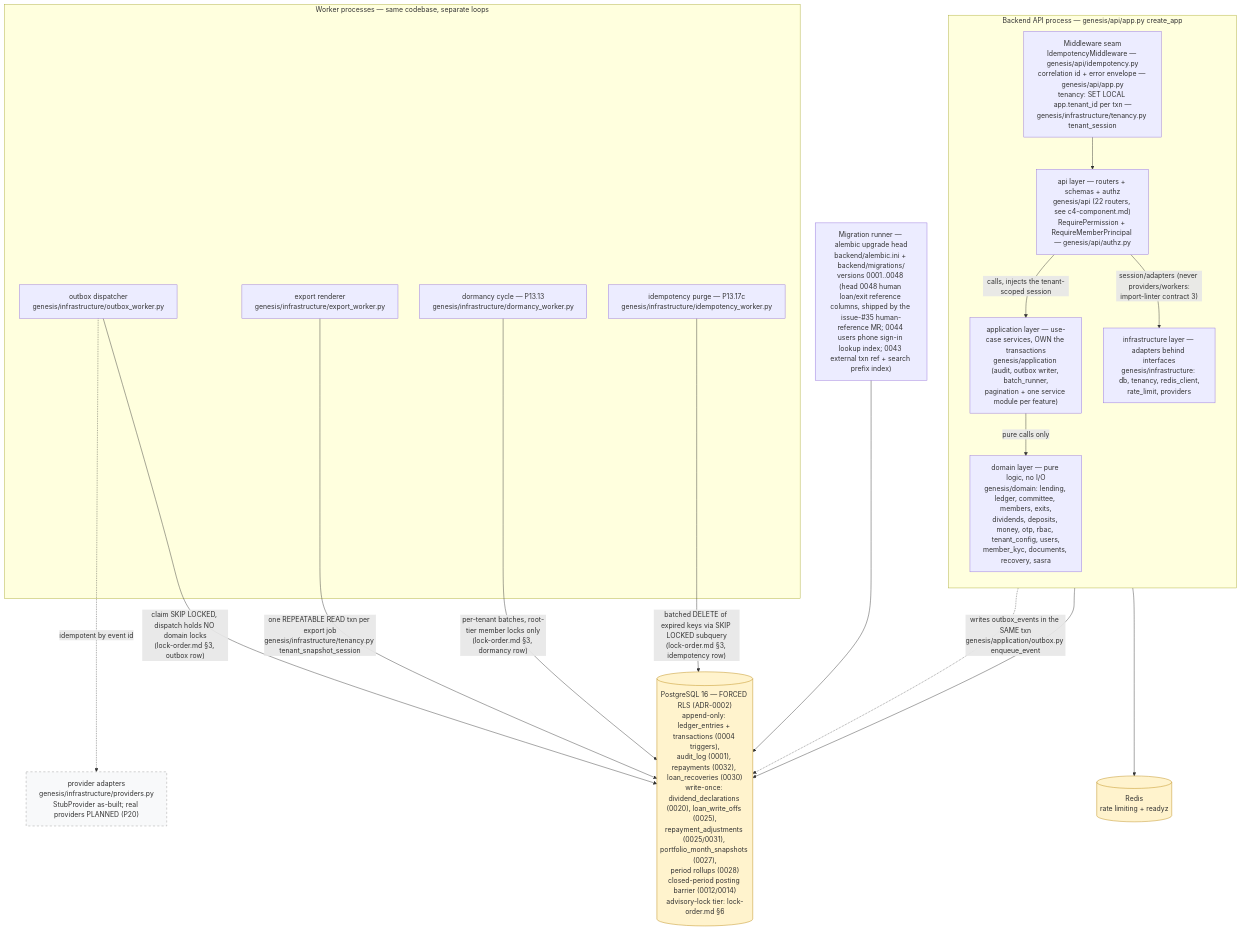
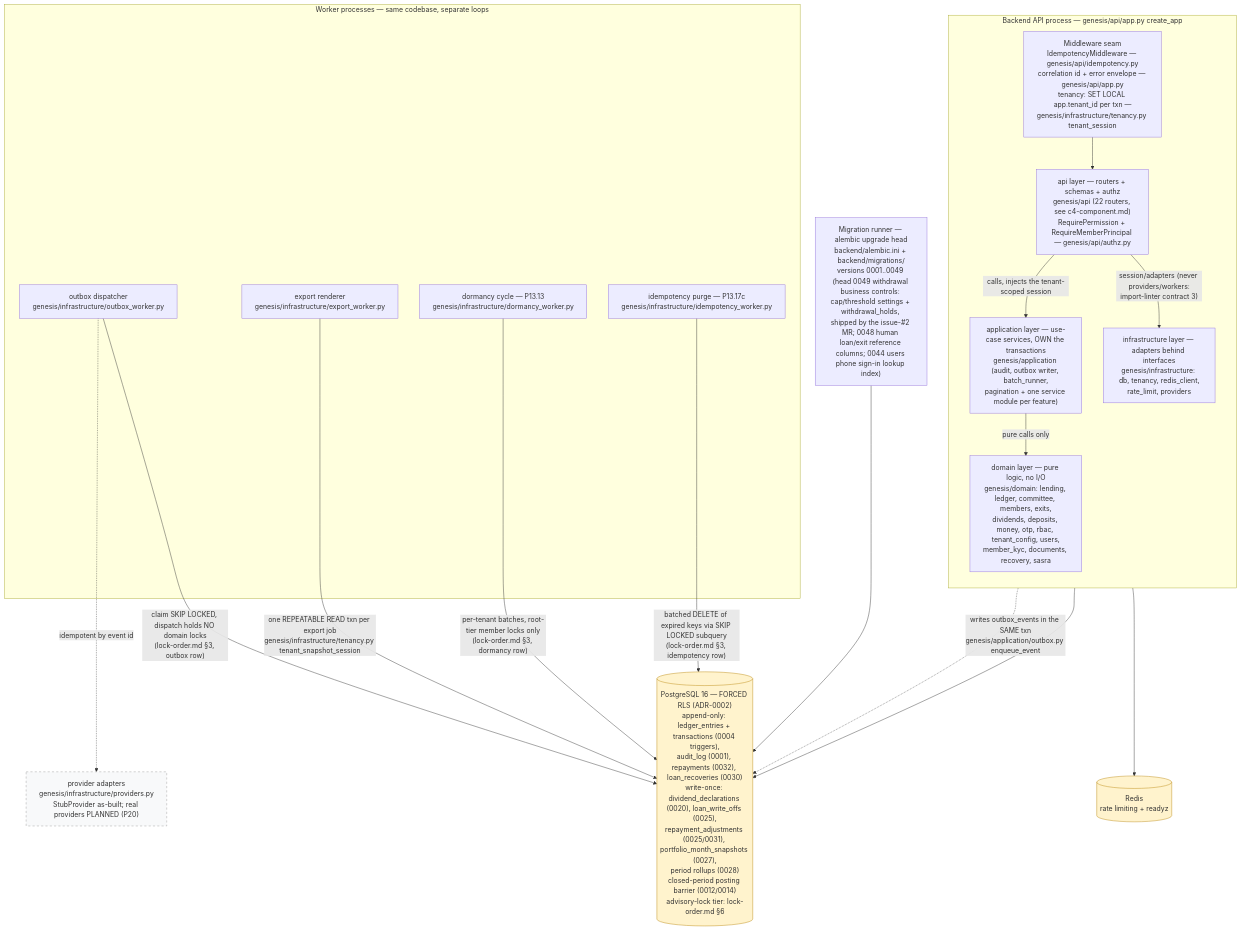
Before and after one commit to Benson-Kim/genesis-sacco-core: the diagram in docs/diagrams/c4-container.md, drawn with Mermaid. The commit also changed other lines of this file and 7 other files, not shown here.

First line of the commit message:
feat(withdrawals): migration 0049 + domain controls for cap/notice (issue #2)

````diff
--- a/docs/diagrams/c4-container.md
+++ b/docs/diagrams/c4-container.md
@@ -82,45 +87,45 @@
 ```mermaid
 flowchart TB
     %% Authored against main @ 08541b860f1445b16c342c39b6606d86b9dbeb17
     %% L2 containers — layering per backend/pyproject.toml [tool.importlinter].
 
     subgraph BE["Backend API process — genesis/api/app.py create_app"]
         direction TB
         MW["Middleware seam<br/>IdempotencyMiddleware — genesis/api/idempotency.py<br/>correlation id + error envelope — genesis/api/app.py<br/>tenancy: SET LOCAL app.tenant_id per txn —<br/>genesis/infrastructure/tenancy.py tenant_session"]
         APIL["api layer — routers + schemas + authz<br/>genesis/api (22 routers, see c4-component.md)<br/>RequirePermission + RequireMemberPrincipal — genesis/api/authz.py"]
         APPL["application layer — use-case services, OWN the transactions<br/>genesis/application (audit, outbox writer, batch_runner,<br/>pagination + one service module per feature)"]
         DOM["domain layer — pure logic, no I/O<br/>genesis/domain: lending, ledger, committee, members, exits,<br/>dividends, deposits, money, otp, rbac, tenant_config, users,<br/>member_kyc, documents, recovery, sasra"]
         INF["infrastructure layer — adapters behind interfaces<br/>genesis/infrastructure: db, tenancy, redis_client,<br/>rate_limit, providers"]
         MW --> APIL
         APIL -->|"calls, injects the tenant-scoped session"| APPL
         APPL -->|"pure calls only"| DOM
         APIL -->|"session/adapters (never providers/workers:<br/>import-linter contract 3)"| INF
     end
 
     subgraph WK["Worker processes — same codebase, separate loops"]
         OBW["outbox dispatcher<br/>genesis/infrastructure/outbox_worker.py"]
         EXW["export renderer<br/>genesis/infrastructure/export_worker.py"]
         DMW["dormancy cycle — P13.13<br/>genesis/infrastructure/dormancy_worker.py"]
         IDW["idempotency purge — P13.17c<br/>genesis/infrastructure/idempotency_worker.py"]
     end
 
-    MIG["Migration runner — alembic upgrade head<br/>backend/alembic.ini + backend/migrations/<br/>versions 0001..0048 (head 0048 human loan/exit reference columns, shipped by the issue-#35 human-reference MR; 0044 users phone sign-in lookup index; 0043 external txn ref + search prefix index)"]
+    MIG["Migration runner — alembic upgrade head<br/>backend/alembic.ini + backend/migrations/<br/>versions 0001..0049 (head 0049 withdrawal business controls: cap/threshold settings + withdrawal_holds, shipped by the issue-#2 MR; 0048 human loan/exit reference columns; 0044 users phone sign-in lookup index)"]
 
     PG[("PostgreSQL 16 — FORCED RLS (ADR-0002)<br/>append-only: ledger_entries + transactions (0004 triggers),<br/>audit_log (0001), repayments (0032), loan_recoveries (0030)<br/>write-once: dividend_declarations (0020), loan_write_offs (0025),<br/>repayment_adjustments (0025/0031), portfolio_month_snapshots (0027),<br/>period rollups (0028)<br/>closed-period posting barrier (0012/0014)<br/>advisory-lock tier: lock-order.md §6")]
     RD[("Redis<br/>rate limiting + readyz")]
 
     APPL -.->|"writes outbox_events in the SAME txn<br/>genesis/application/outbox.py enqueue_event"| PG
     INF --> PG
     INF --> RD
     OBW -->|"claim SKIP LOCKED, dispatch holds NO domain locks<br/>(lock-order.md §3, outbox row)"| PG
     EXW -->|"one REPEATABLE READ txn per export job<br/>genesis/infrastructure/tenancy.py tenant_snapshot_session"| PG
     DMW -->|"per-tenant batches, root-tier member locks only<br/>(lock-order.md §3, dormancy row)"| PG
     IDW -->|"batched DELETE of expired keys via SKIP LOCKED subquery<br/>(lock-order.md §3, idempotency row)"| PG
     OBW -.->|"idempotent by event id"| PROV["provider adapters<br/>genesis/infrastructure/providers.py<br/>StubProvider as-built; real providers PLANNED (P20)"]
     MIG --> PG
 
     classDef store fill:#fff3cd,stroke:#b8860b;
     class PG,RD store;
     classDef planned fill:#f8f9fa,stroke:#999,stroke-dasharray: 5 5;
     class PROV planned;
 ```
````
